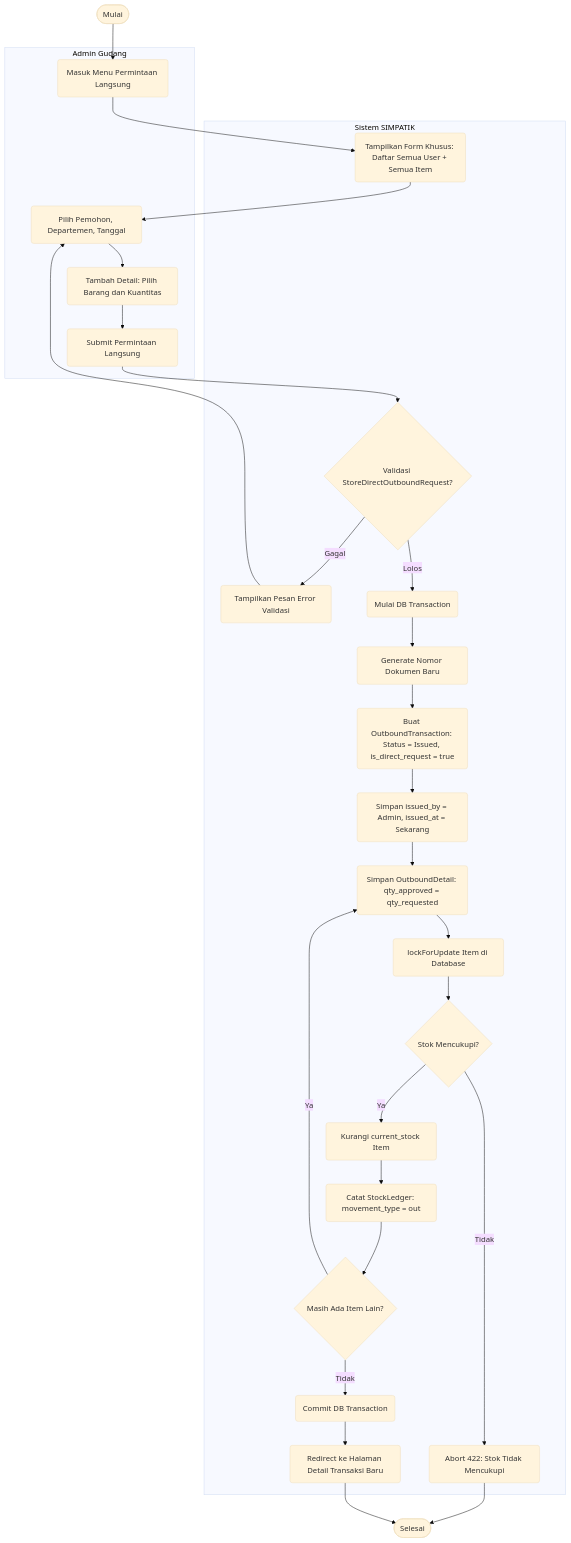
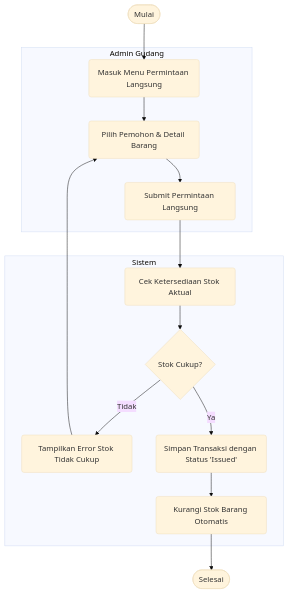
One commit to wahyu2021/SIMPATIK changed diagram 12 of 14 in laporan_activity_diagram.md. Above: the diagram before and after it, drawn with Mermaid (base theme). The commit also changed other lines of this file and 34 other files, not shown here.

Commit message:
Menyempurnakan logika seeder (User, Master Barang, dan Transaksi) agar lebih realistis

````diff
--- a/laporan_activity_diagram.md
+++ b/laporan_activity_diagram.md
@@ -709,61 +472,32 @@
 ```mermaid
 flowchart TD
     Start([Mulai])
     End([Selesai])
 
     subgraph AdminGudang [Admin Gudang]
         A(Masuk Menu Permintaan Langsung)
-        B(Pilih Pemohon, Departemen, Tanggal)
-        C(Tambah Detail: Pilih Barang dan Kuantitas)
-        D(Submit Permintaan Langsung)
+        B(Pilih Pemohon & Detail Barang)
+        C(Submit Permintaan Langsung)
     end
 
-    subgraph Sistem [Sistem SIMPATIK]
-        E(Tampilkan Form Khusus: Daftar Semua User + Semua Item)
-        F{Validasi StoreDirectOutboundRequest?}
-        G(Tampilkan Pesan Error Validasi)
-        H(Mulai DB Transaction)
-        I(Generate Nomor Dokumen Baru)
-        J(Buat OutboundTransaction: Status = Issued, is_direct_request = true)
-        J2(Simpan issued_by = Admin, issued_at = Sekarang)
-        K(Simpan OutboundDetail: qty_approved = qty_requested)
-        L(lockForUpdate Item di Database)
-        M{Stok Mencukupi?}
-        N(Abort 422: Stok Tidak Mencukupi)
-        O(Kurangi current_stock Item)
-        P(Catat StockLedger: movement_type = out)
-        Q{Masih Ada Item Lain?}
-        R(Commit DB Transaction)
-        S(Redirect ke Halaman Detail Transaksi Baru)
+    subgraph Sistem
+        D(Cek Ketersediaan Stok Aktual)
+        E{Stok Cukup?}
+        F(Tampilkan Error Stok Tidak Cukup)
+        G(Simpan Transaksi dengan Status 'Issued')
+        H(Kurangi Stok Barang Otomatis)
     end
 
     Start --> A
-    A --> E
-    E --> B
+    A --> B
     B --> C
     C --> D
-    D --> F
+    D --> E
 
-    F -- Gagal --> G
-    G --> B
+    E -- Tidak --> F
+    F --> B
 
-    F -- Lolos --> H
-    H --> I
-    I --> J
-    J --> J2
-    J2 --> K
-    K --> L
-    L --> M
-
-    M -- Tidak --> N
-    N --> End
-
-    M -- Ya --> O
-    O --> P
-    P --> Q
-
-    Q -- Ya --> K
-    Q -- Tidak --> R
-    R --> S
-    S --> End
+    E -- Ya --> G
+    G --> H
+    H --> End
 ```
````
